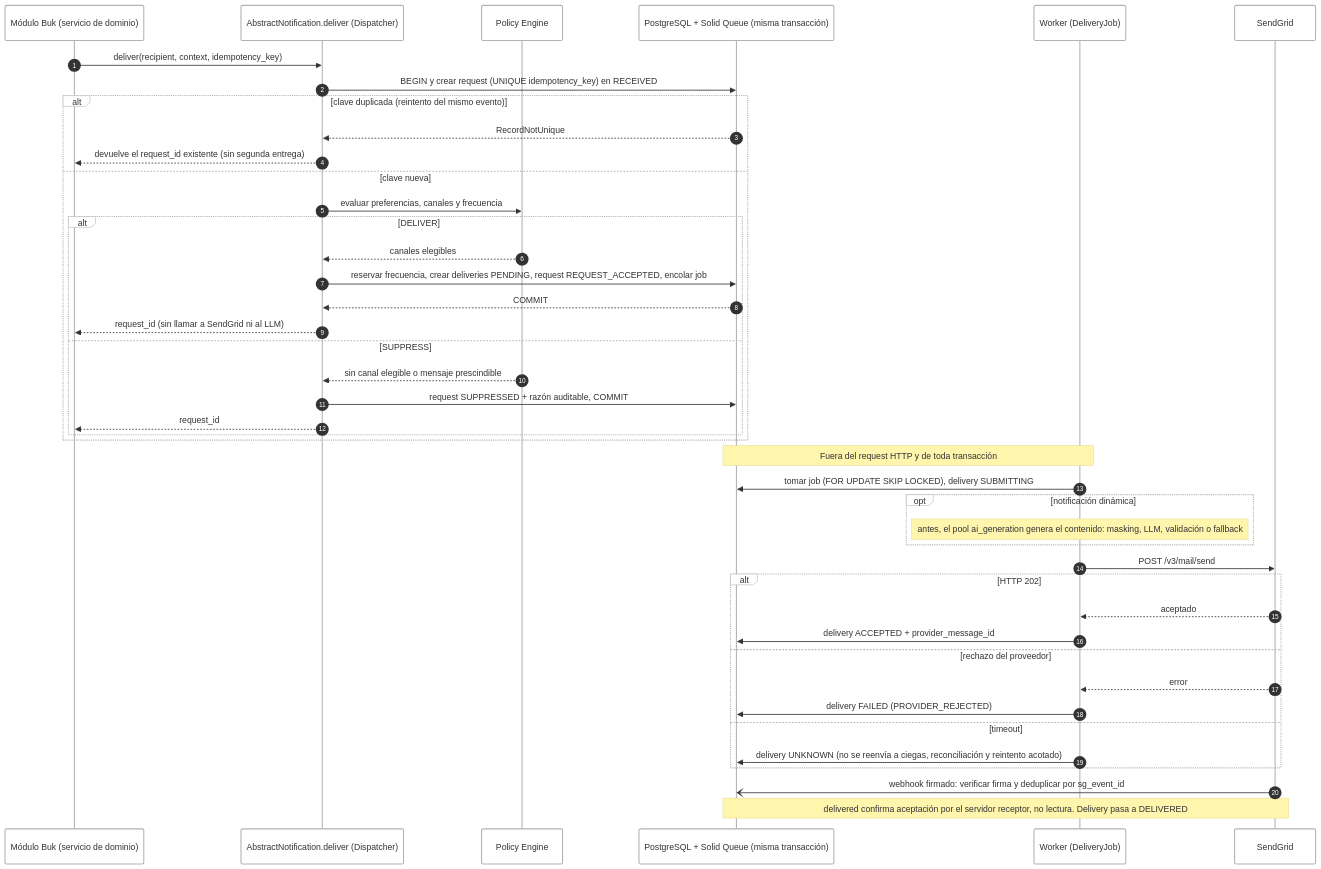
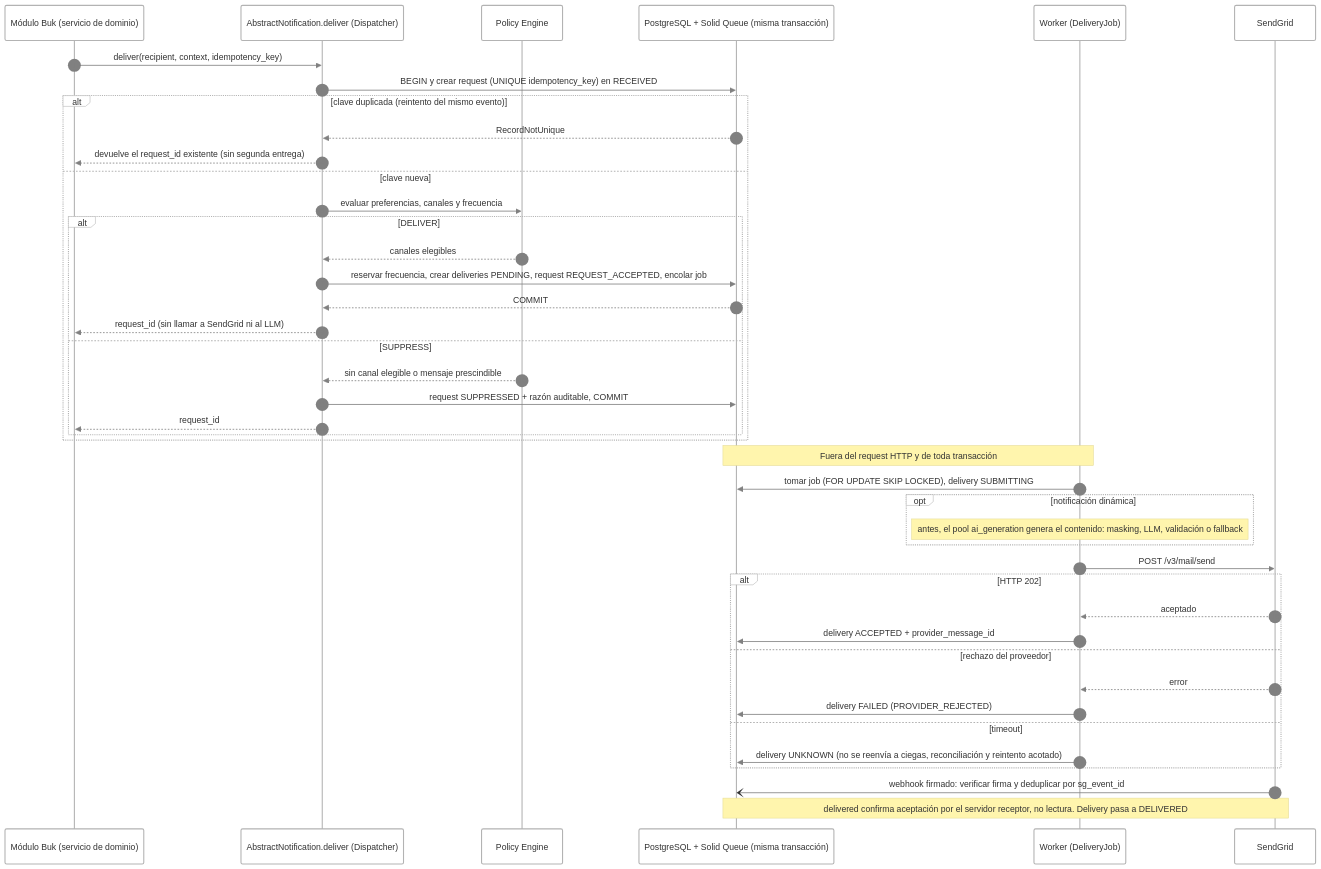
The diagram in app/assets/images/secuencia.mmd (natha9404/codespaces-rails), drawn with Mermaid before and after one commit. The commit also changed 9 other files, not shown here.

First line of the commit message:
Unificar estilo de los diagramas: tema neo y líneas grises

```diff
--- a/app/assets/images/secuencia.mmd
+++ b/app/assets/images/secuencia.mmd
@@ -1,49 +1,52 @@
 ---
 config:
   theme: neo
+  themeVariables:
+    lineColor: "#808080"
+    signalColor: "#808080"
 ---
 sequenceDiagram
   autonumber
   participant M as Módulo Buk (servicio de dominio)
   participant D as AbstractNotification.deliver (Dispatcher)
   participant P as Policy Engine
   participant DB as PostgreSQL + Solid Queue (misma transacción)
   participant W as Worker (DeliveryJob)
   participant SG as SendGrid
 
   M->>D: deliver(recipient, context, idempotency_key)
   D->>DB: BEGIN y crear request (UNIQUE idempotency_key) en RECEIVED
   alt clave duplicada (reintento del mismo evento)
     DB-->>D: RecordNotUnique
     D-->>M: devuelve el request_id existente (sin segunda entrega)
   else clave nueva
     D->>P: evaluar preferencias, canales y frecuencia
     alt DELIVER
       P-->>D: canales elegibles
       D->>DB: reservar frecuencia, crear deliveries PENDING, request REQUEST_ACCEPTED, encolar job
       DB-->>D: COMMIT
       D-->>M: request_id (sin llamar a SendGrid ni al LLM)
     else SUPPRESS
       P-->>D: sin canal elegible o mensaje prescindible
       D->>DB: request SUPPRESSED + razón auditable, COMMIT
       D-->>M: request_id
     end
   end
 
   Note over W,DB: Fuera del request HTTP y de toda transacción
   W->>DB: tomar job (FOR UPDATE SKIP LOCKED), delivery SUBMITTING
   opt notificación dinámica
     Note over W: antes, el pool ai_generation genera el contenido: masking, LLM, validación o fallback
   end
   W->>SG: POST /v3/mail/send
   alt HTTP 202
     SG-->>W: aceptado
     W->>DB: delivery ACCEPTED + provider_message_id
   else rechazo del proveedor
     SG-->>W: error
     W->>DB: delivery FAILED (PROVIDER_REJECTED)
   else timeout
     W->>DB: delivery UNKNOWN (no se reenvía a ciegas, reconciliación y reintento acotado)
   end
   SG-)DB: webhook firmado: verificar firma y deduplicar por sg_event_id
   Note over SG,DB: delivered confirma aceptación por el servidor receptor, no lectura. Delivery pasa a DELIVERED
```
